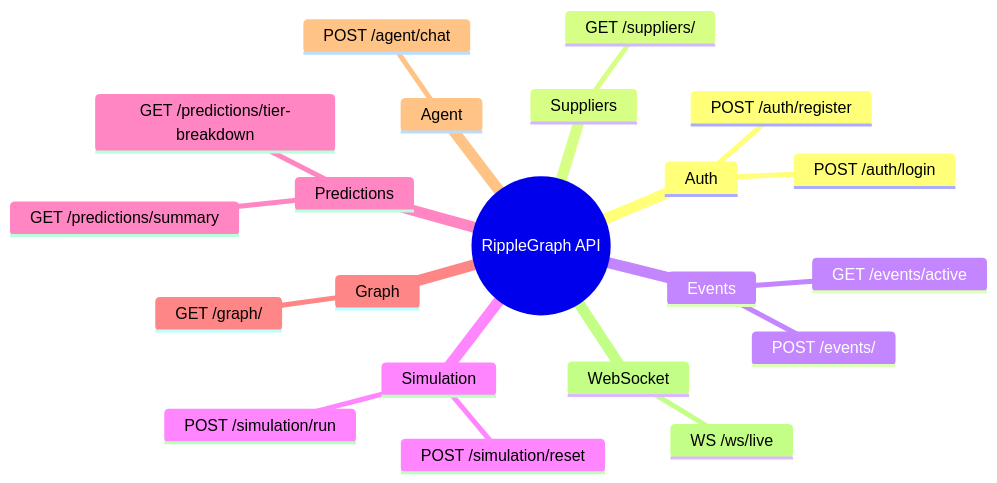
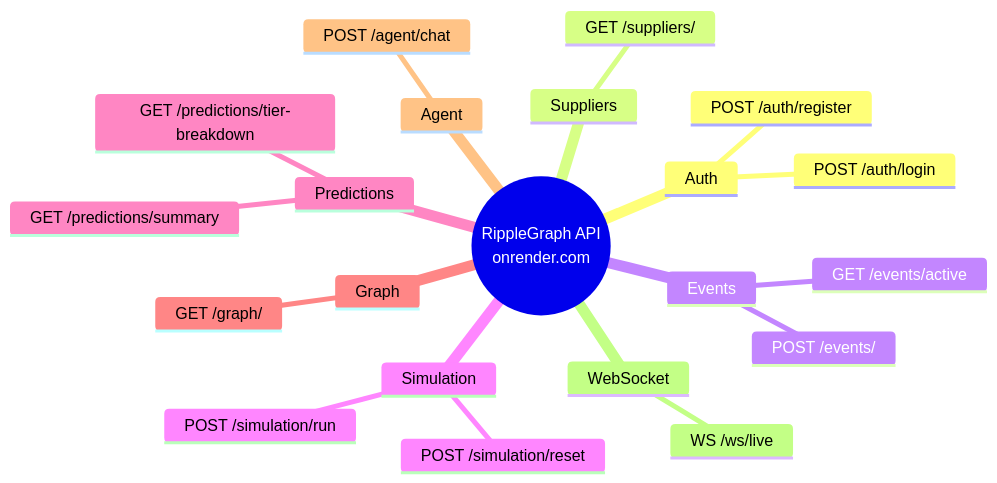
One commit to RaGaS958/RippleGraphAI changed the seventh of 10 diagrams in README.md. Above: the diagram before and after it, drawn with Mermaid. The commit also changed other lines of this file, not shown here.

````diff
--- a/README.md
+++ b/README.md
@@ -282,24 +419,24 @@
 ```mermaid
 mindmap
-  root((RippleGraph API))
+  root((RippleGraph API<br/>onrender.com))
     Auth
       POST /auth/login
       POST /auth/register
     Suppliers
       GET /suppliers/
     Events
       POST /events/
       GET /events/active
     Simulation
       POST /simulation/run
       POST /simulation/reset
     Predictions
       GET /predictions/summary
       GET /predictions/tier-breakdown
     Graph
       GET /graph/
     Agent
       POST /agent/chat
     WebSocket
       WS /ws/live
 ```
````
